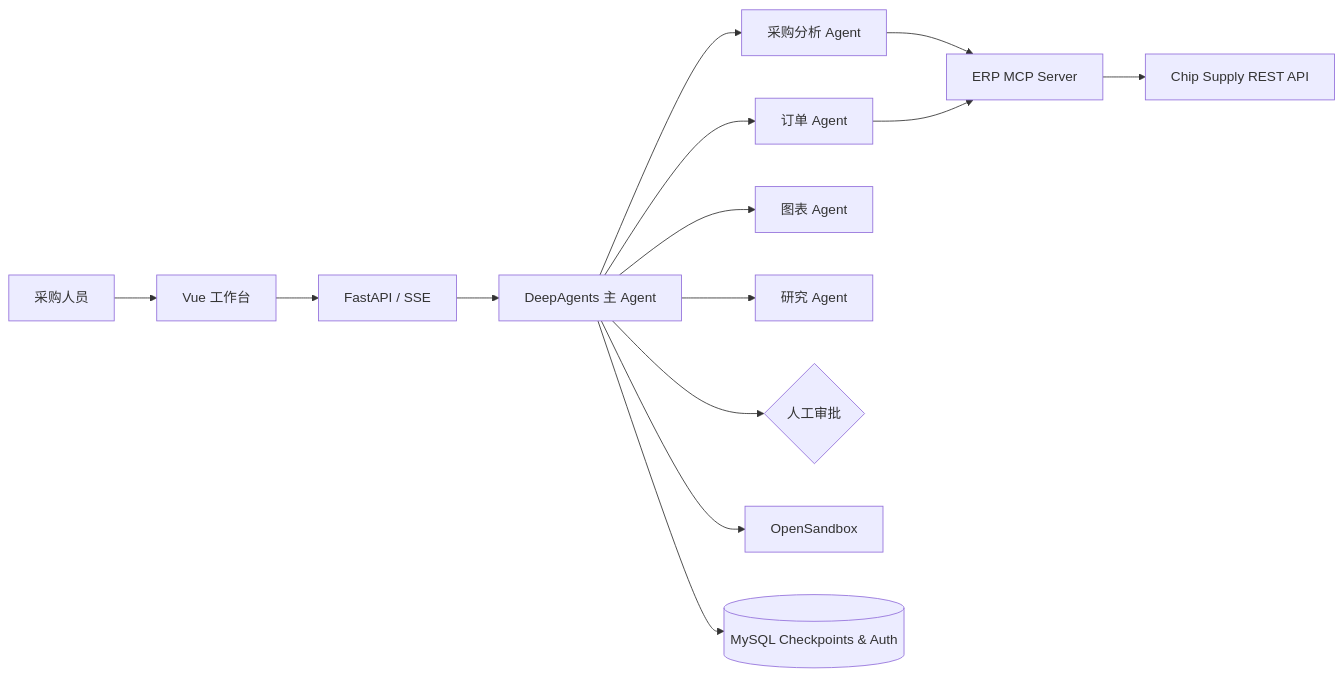
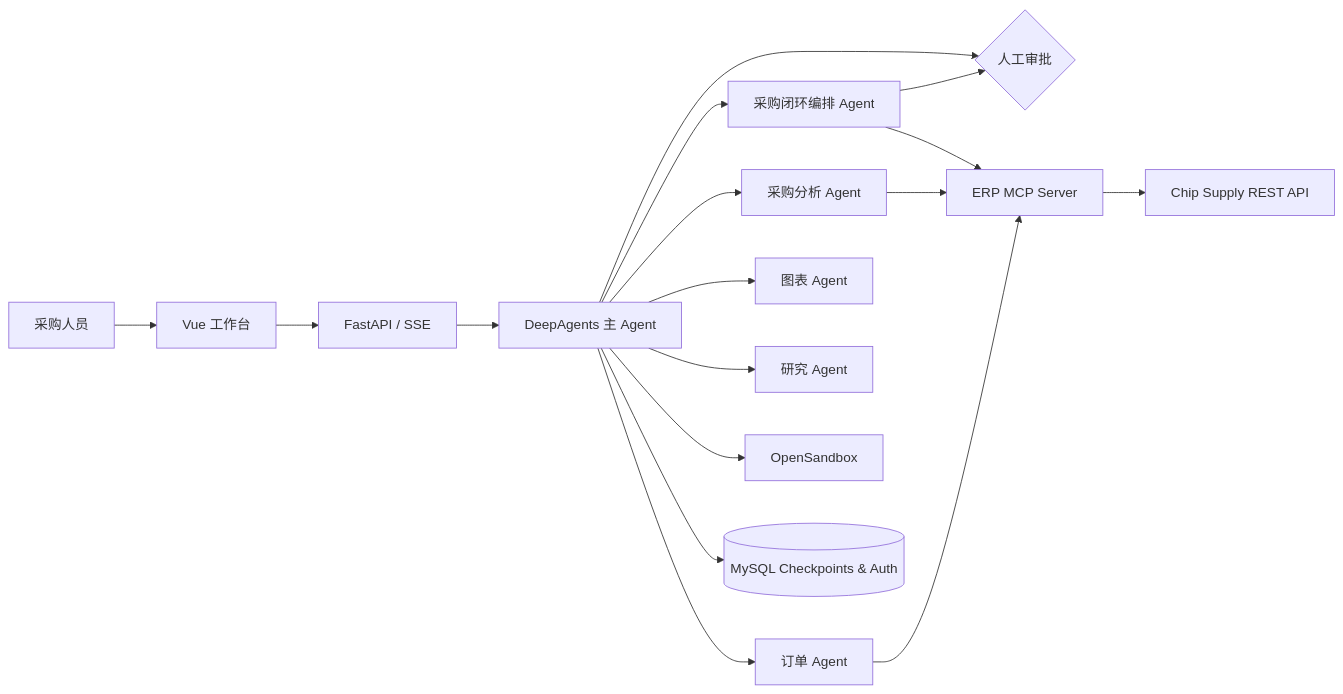
The diagram in README.md (LZD88/ChipChain-Procurement-Agent), drawn with Mermaid before and after one commit. The commit also changed other lines of this file, not shown here.

````diff
--- a/README.md
+++ b/README.md
@@ -23,15 +24,17 @@
 ```mermaid
 flowchart LR
     U[采购人员] --> V[Vue 工作台]
     V --> API[FastAPI / SSE]
     API --> G[DeepAgents 主 Agent]
+    G --> P[采购闭环编排 Agent]
     G --> A[采购分析 Agent]
     G --> O[订单 Agent]
     G --> C[图表 Agent]
     G --> R[研究 Agent]
     G --> H{人工审批}
-    A & O --> MCP[ERP MCP Server]
+    P --> H
+    P & A & O --> MCP[ERP MCP Server]
     MCP --> ERP[Chip Supply REST API]
     G --> S[OpenSandbox]
     G --> DB[(MySQL Checkpoints & Auth)]
 ```
````
